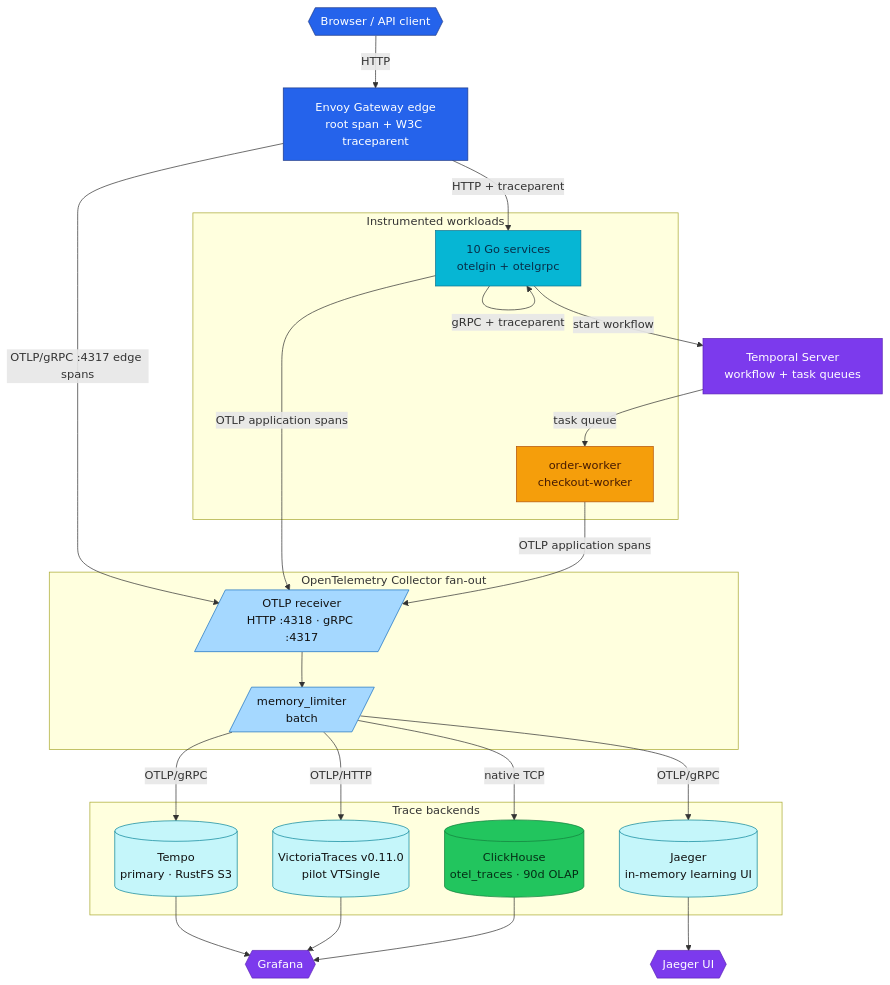
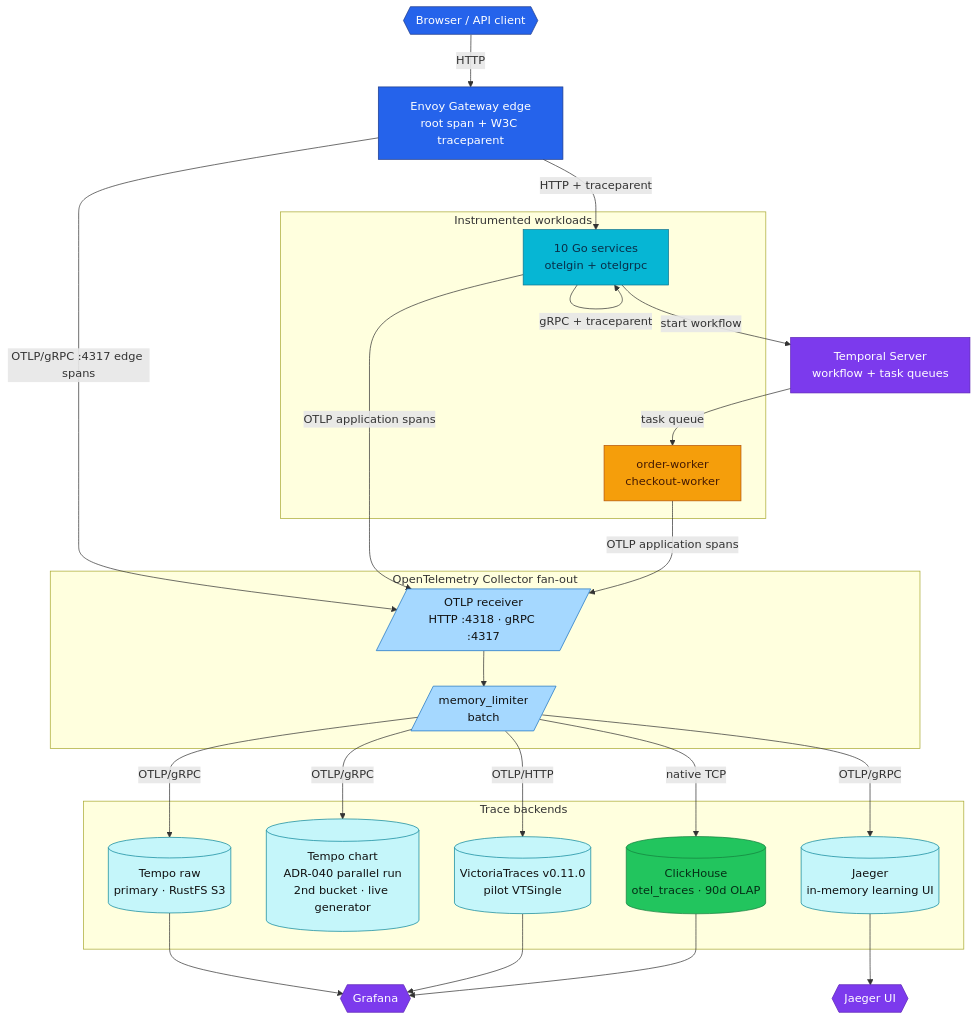
One commit to duynhlab/homelab changed the first of 2 diagrams in docs/observability/tracing/architecture.md. Above: the diagram before and after it, drawn with Mermaid. The commit also changed other lines of this file and 12 other files, not shown here.

````diff
--- a/docs/observability/tracing/architecture.md
+++ b/docs/observability/tracing/architecture.md
@@ -11,59 +11,61 @@
 ```mermaid
 flowchart TB
     Client{{"Browser / API client"}}
     Edge["Envoy Gateway edge<br/>root span + W3C traceparent"]
 
     subgraph workloads["Instrumented workloads"]
         Services["10 Go services<br/>otelgin + otelgrpc"]
         Workers["order-worker<br/>checkout-worker"]
     end
     Temporal["Temporal Server<br/>workflow + task queues"]
 
 
     subgraph collectorNode["OpenTelemetry Collector fan-out"]
         Receiver[/"OTLP receiver<br/>HTTP :4318 · gRPC :4317"/]
         Processors[/"memory_limiter<br/>batch"/]
         Receiver --> Processors
     end
 
     subgraph backends["Trace backends"]
-        Tempo[("Tempo<br/>primary · RustFS S3")]
+        Tempo[("Tempo raw<br/>primary · RustFS S3")]
+        TempoC[("Tempo chart<br/>ADR-040 parallel run<br/>2nd bucket · live generator")]
         Jaeger[("Jaeger<br/>in-memory learning UI")]
         VT[("VictoriaTraces v0.11.0<br/>pilot VTSingle")]
         CH[("ClickHouse<br/>otel_traces · 90d OLAP")]
     end
 
     Grafana{{"Grafana"}}
     JaegerUI{{"Jaeger UI"}}
 
     Client -->|"HTTP"| Edge
     Edge -->|"HTTP + traceparent"| Services
     Services -->|"gRPC + traceparent"| Services
     Services -->|"start workflow"| Temporal
     Temporal -->|"task queue"| Workers
     Edge -->|"OTLP/gRPC :4317 edge spans"| Receiver
     Services & Workers -->|"OTLP application spans"| Receiver
     Processors -->|"OTLP/gRPC"| Tempo
+    Processors -->|"OTLP/gRPC"| TempoC
     Processors -->|"OTLP/gRPC"| Jaeger
     Processors -->|"OTLP/HTTP"| VT
     Processors -->|"native TCP"| CH
     Tempo --> Grafana
     VT --> Grafana
     CH --> Grafana
     Jaeger --> JaegerUI
 
     classDef edge fill:#2563eb,color:#fff,stroke:#1e3a8a;
     classDef service fill:#06b6d4,color:#082f49,stroke:#0e7490;
     classDef worker fill:#f59e0b,color:#451a03,stroke:#b45309;
     classDef platform fill:#7c3aed,color:#fff,stroke:#5b21b6;
     classDef trace fill:#c5f6fa,color:#111,stroke:#0c8599;
     classDef collector fill:#a5d8ff,color:#111,stroke:#1971c2;
     classDef data fill:#22c55e,color:#052e16,stroke:#15803d;
     class Client,Edge edge;
     class Services service;
     class Workers worker;
     class Receiver,Processors collector;
-    class Tempo,Jaeger,VT trace;
+    class Tempo,TempoC,Jaeger,VT trace;
     class CH data;
     class Temporal,Grafana,JaegerUI platform;
 ```
````
